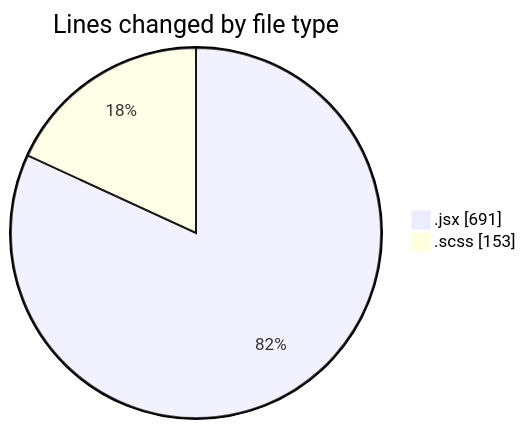
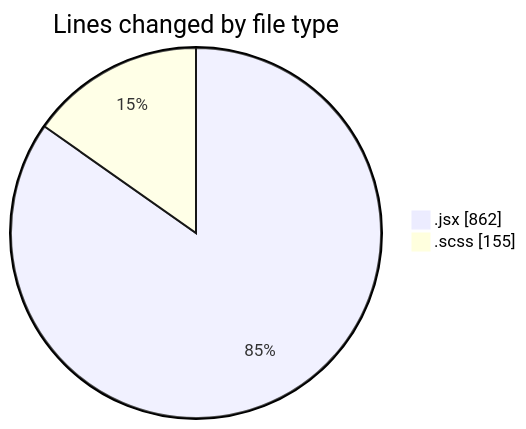
Before and after one commit to momahboobian/code-tracking: the first of 2 diagrams in 2026-09-02/cda/README.md, drawn with Mermaid. The commit also changed other lines of this file and 1 other file, not shown here.

````diff
--- a/2026-09-02/cda/README.md
+++ b/2026-09-02/cda/README.md
@@ -24,6 +24,6 @@
 ```mermaid
 pie showData
 title Lines changed by file type
-".jsx" : 691
-".scss" : 153
+".jsx" : 862
+".scss" : 155
 ```
````
